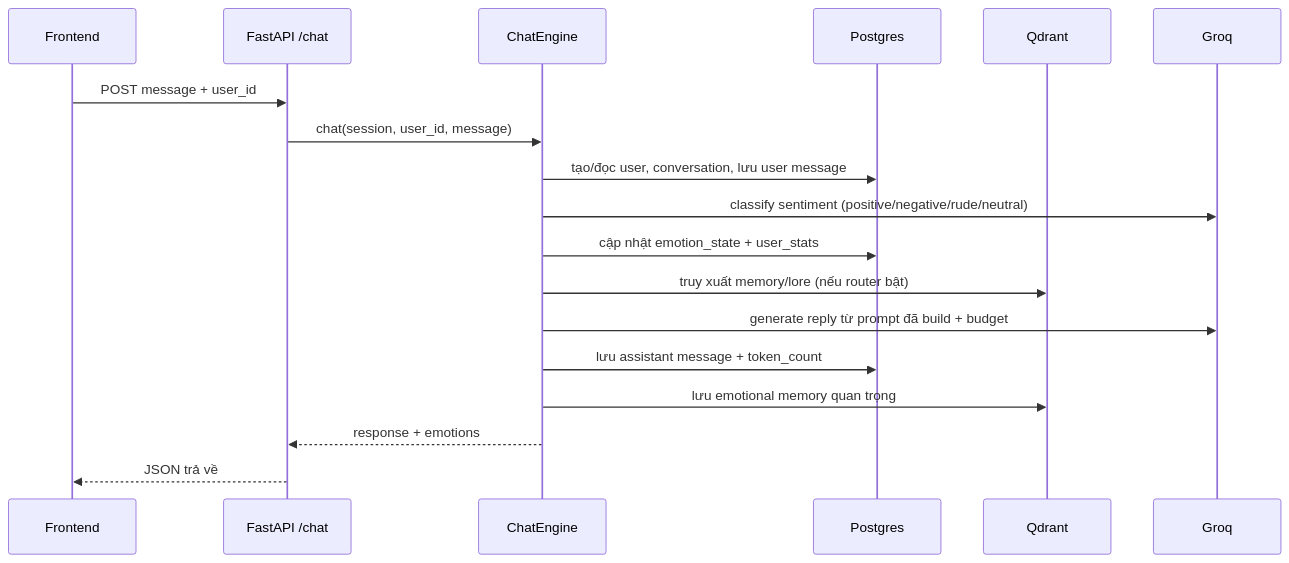
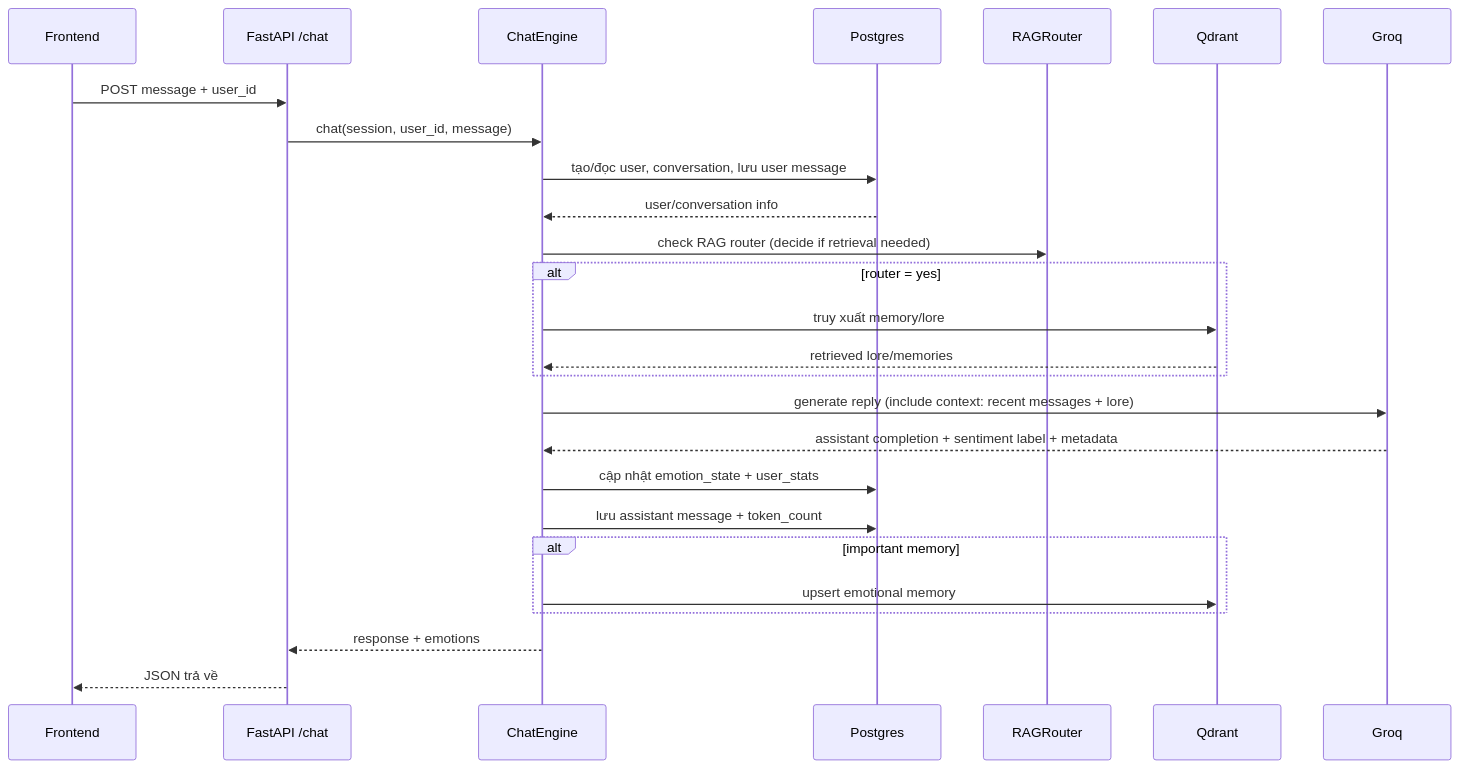
One commit to HoanBuCon/Kuchiba-Chisa changed the second of 2 diagrams in PHAN_TICH_WORKSPACE_CHI_TIET.md. Above: the diagram before and after it, drawn with Mermaid. The commit also changed other lines of this file and 1 other file, not shown here.

Commit message:
FIX: WORKFLOW DIAGRAM

````diff
--- a/PHAN_TICH_WORKSPACE_CHI_TIET.md
+++ b/PHAN_TICH_WORKSPACE_CHI_TIET.md
@@ -205,21 +205,29 @@
 ```mermaid
 sequenceDiagram
-    participant FE as Frontend
-    participant API as FastAPI /chat
-    participant CE as ChatEngine
-    participant DB as Postgres
-    participant QD as Qdrant
-    participant LLM as Groq
+        participant FE as Frontend
+        participant API as FastAPI /chat
+        participant CE as ChatEngine
+        participant PG as Postgres
+        participant RR as RAGRouter
+        participant QD as Qdrant
+        participant LLM as Groq
 
-    FE->>API: POST message + user_id
-    API->>CE: chat(session, user_id, message)
-    CE->>DB: tạo/đọc user, conversation, lưu user message
-    CE->>LLM: classify sentiment (positive/negative/rude/neutral)
-    CE->>DB: cập nhật emotion_state + user_stats
-    CE->>QD: truy xuất memory/lore (nếu router bật)
-    CE->>LLM: generate reply từ prompt đã build + budget
-    CE->>DB: lưu assistant message + token_count
-    CE->>QD: lưu emotional memory quan trọng
-    CE-->>API: response + emotions
-    API-->>FE: JSON trả về
+        FE->>API: POST message + user_id
+        API->>CE: chat(session, user_id, message)
+        CE->>PG: tạo/đọc user, conversation, lưu user message
+        PG-->>CE: user/conversation info
+        CE->>RR: check RAG router (decide if retrieval needed)
+        alt router = yes
+            CE->>QD: truy xuất memory/lore
+            QD-->>CE: retrieved lore/memories
+        end
+        CE->>LLM: generate reply (include context: recent messages + lore)
+        LLM-->>CE: assistant completion + sentiment label + metadata
+        CE->>PG: cập nhật emotion_state + user_stats
+        CE->>PG: lưu assistant message + token_count
+        alt important memory
+            CE->>QD: upsert emotional memory
+        end
+        CE-->>API: response + emotions
+        API-->>FE: JSON trả về
 ```
````
